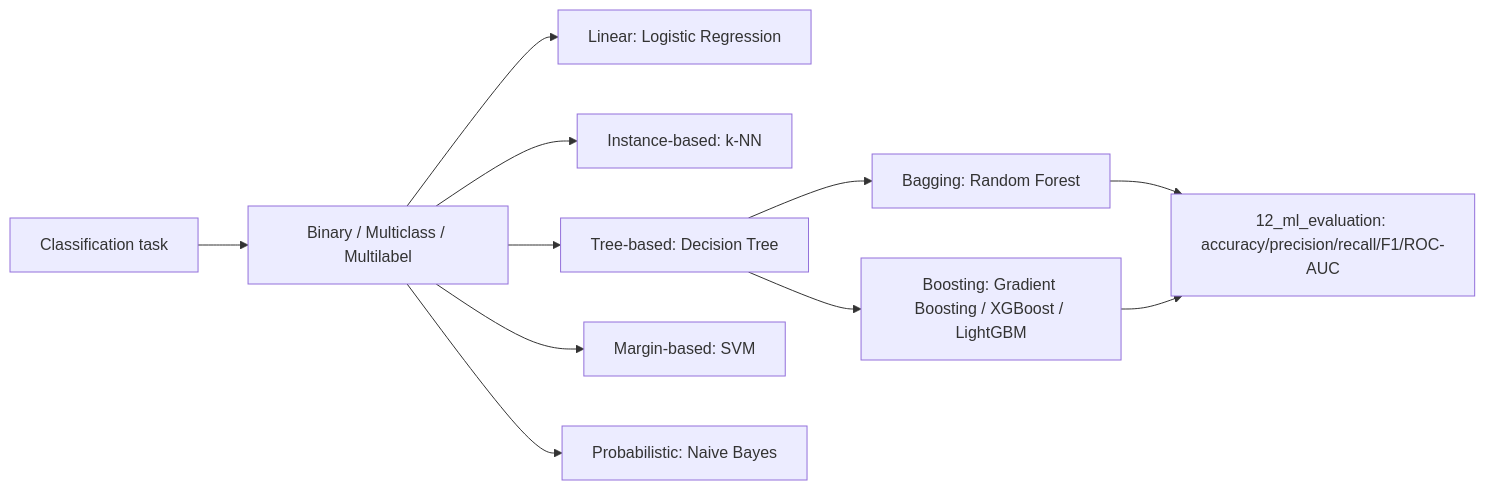
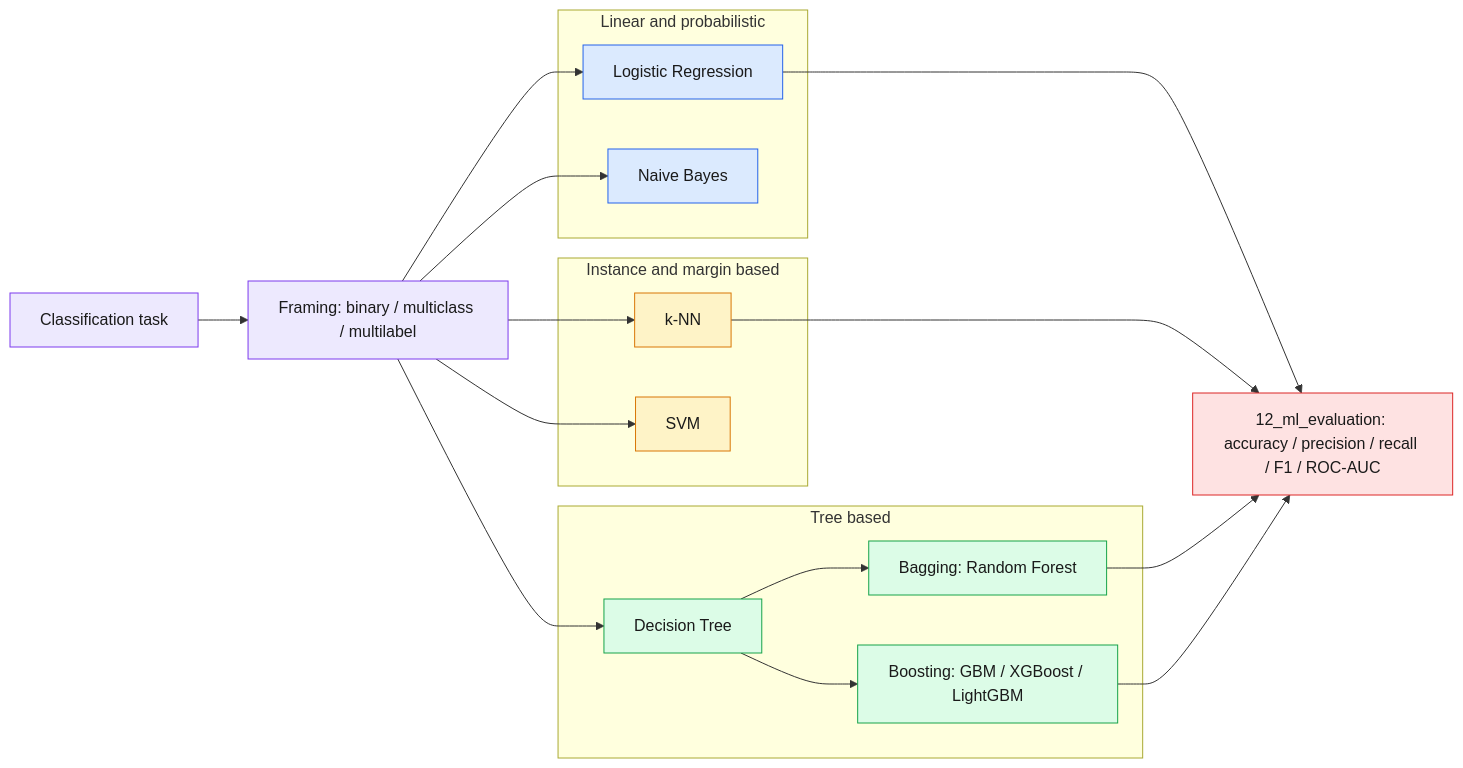
Before and after one commit to bhanu-prakash12/ai-ml-engineer-fundamentals: the first of 2 diagrams in day02_machine_learning/08_classification/README.md, drawn with Mermaid. The commit also changed other lines of this file and 68 other files, not shown here.

````diff
--- a/day02_machine_learning/08_classification/README.md
+++ b/day02_machine_learning/08_classification/README.md
@@ -34,13 +144,39 @@
 ```mermaid
 flowchart LR
-  A[Classification task] --> B[Binary / Multiclass / Multilabel]
-  B --> C[Linear: Logistic Regression]
-  B --> D[Instance-based: k-NN]
-  B --> E[Tree-based: Decision Tree]
-  E --> F[Bagging: Random Forest]
-  E --> G[Boosting: Gradient Boosting / XGBoost / LightGBM]
-  B --> H[Margin-based: SVM]
-  B --> I[Probabilistic: Naive Bayes]
-  F --> J[12_ml_evaluation: accuracy/precision/recall/F1/ROC-AUC]
+  A["Classification task"] --> B["Framing: binary / multiclass / multilabel"]
+  subgraph LIN["Linear and probabilistic"]
+    C["Logistic Regression"]
+    I["Naive Bayes"]
+  end
+  subgraph INST["Instance and margin based"]
+    D["k-NN"]
+    H["SVM"]
+  end
+  subgraph TREE["Tree based"]
+    E["Decision Tree"]
+    F["Bagging: Random Forest"]
+    G["Boosting: GBM / XGBoost / LightGBM"]
+  end
+  B --> C
+  B --> I
+  B --> D
+  B --> H
+  B --> E
+  E --> F
+  E --> G
+  J["12_ml_evaluation: accuracy / precision / recall / F1 / ROC-AUC"]
+  C --> J
+  D --> J
+  F --> J
   G --> J
+  classDef task fill:#EDE9FE,stroke:#7C3AED,color:#1a1a1a;
+  classDef lin fill:#DBEAFE,stroke:#2563EB,color:#1a1a1a;
+  classDef inst fill:#FEF3C7,stroke:#D97706,color:#1a1a1a;
+  classDef tree fill:#DCFCE7,stroke:#16A34A,color:#1a1a1a;
+  classDef eval fill:#FEE2E2,stroke:#DC2626,color:#1a1a1a;
+  class A,B task;
+  class C,I lin;
+  class D,H inst;
+  class E,F,G tree;
+  class J eval;
 ```
````
